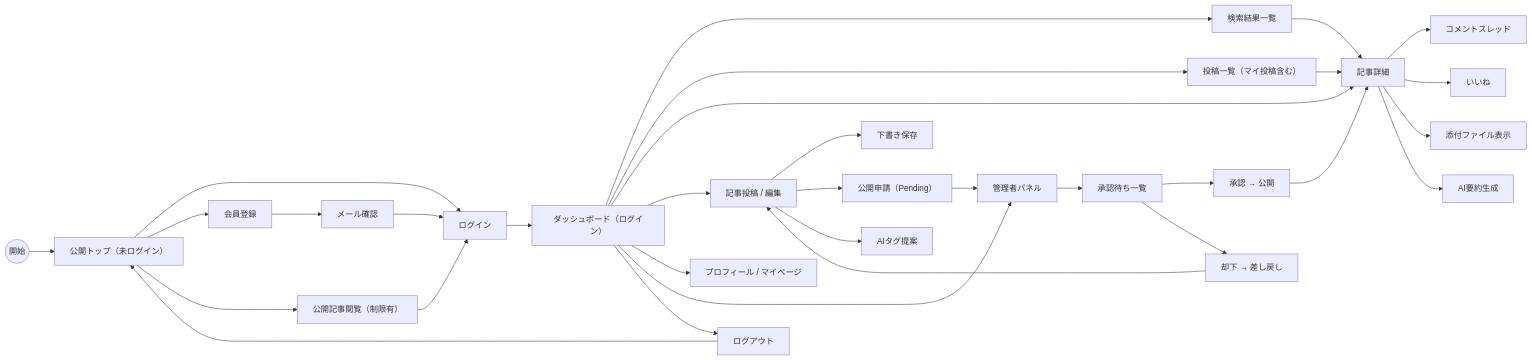
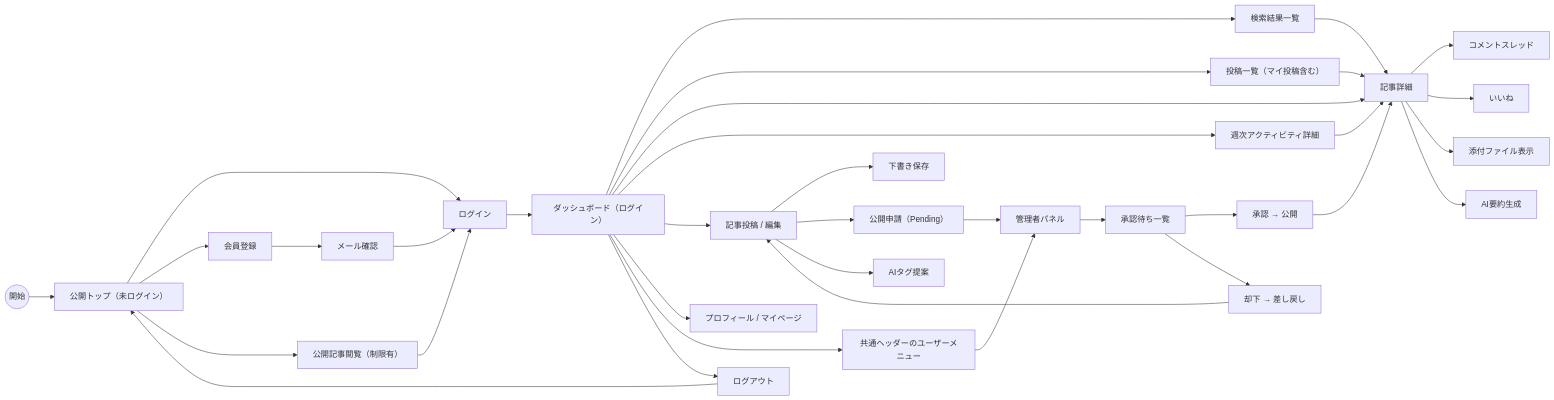
Before and after one commit to Ginga1Sys/proj-1sys-ax-2025: the diagram in docs/00_personal/nishizawa/基本設計書/基本設計_画面遷移図.md, drawn with Mermaid. The commit also changed other lines of this file and 3 other files, not shown here.

````diff
--- a/docs/00_personal/nishizawa/基本設計書/基本設計_画面遷移図.md
+++ b/docs/00_personal/nishizawa/基本設計書/基本設計_画面遷移図.md
@@ -7,48 +7,51 @@
 ```mermaid
 flowchart LR
   %% スタート
   START((開始)) --> PublicHome["公開トップ（未ログイン）"]
   PublicHome --> Login["ログイン"]
   PublicHome --> Register["会員登録"]
   Register --> EmailVerify["メール確認"]
   EmailVerify --> Login["ログイン"]
 
   %% 認証後メイン
   Login["ログイン"] --> Dashboard["ダッシュボード（ログイン）"]
   Dashboard["ダッシュボード（ログイン）"] --> Search["検索結果一覧"]
   Dashboard["ダッシュボード（ログイン）"] --> PostList["投稿一覧（マイ投稿含む）"]
   Dashboard["ダッシュボード（ログイン）"] --> ArticleDetail["記事詳細"]
+  Dashboard["ダッシュボード（ログイン）"] --> ActivityDetail["週次アクティビティ詳細"]
   Dashboard["ダッシュボード（ログイン）"] --> PostEditor["記事投稿 / 編集"]
   Dashboard["ダッシュボード（ログイン）"] --> Profile["プロフィール / マイページ"]
-  Dashboard["ダッシュボード（ログイン）"] --> AdminPanel["管理者パネル"]
+  Dashboard["ダッシュボード（ログイン）"] --> UserMenu["共通ヘッダーのユーザーメニュー"]
+  UserMenu["共通ヘッダーのユーザーメニュー"] --> AdminPanel["管理者パネル"]
 
   %% 投稿フロー
   PostEditor["記事投稿 / 編集"] --> DraftSaved["下書き保存"]
   PostEditor["記事投稿 / 編集"] --> SubmitPending["公開申請（Pending）"]
   SubmitPending["公開申請（Pending）"] --> AdminPanel["管理者パネル"]
 
   %% 記事詳細機能
   ArticleDetail["記事詳細"] --> CommentThread["コメントスレッド"]
   ArticleDetail["記事詳細"] --> LikeAction["いいね"]
   ArticleDetail["記事詳細"] --> Attachments["添付ファイル表示"]
   ArticleDetail["記事詳細"] --> AI_Summary["AI要約生成"]
   PostEditor["記事投稿 / 編集"] --> AI_Suggest["AIタグ提案"]
 
   %% 管理者ワークフロー
   AdminPanel["管理者パネル"] --> ReviewQueue["承認待ち一覧"]
   ReviewQueue["承認待ち一覧"] --> Approve["承認 → 公開"]
   ReviewQueue["承認待ち一覧"] --> Reject["却下 → 差し戻し"]
   Approve["承認 → 公開"] --> ArticleDetail["記事詳細"]
   Reject["却下 → 差し戻し"] --> PostEditor["記事投稿 / 編集"]
 
   %% 検索遷移
   Search["検索結果一覧"] --> ArticleDetail["記事詳細"]
   PostList["投稿一覧（マイ投稿含む）"] --> ArticleDetail["記事詳細"]
+  ActivityDetail["週次アクティビティ詳細"] --> ArticleDetail["記事詳細"]
 
   %% ログアウト
   Dashboard["ダッシュボード（ログイン）"] --> Logout["ログアウト"] --> PublicHome["公開トップ（未ログイン）"]
 
   %% 未ログインからの閲覧制御
   PublicHome["公開トップ（未ログイン）"] --> PublicArticle["公開記事閲覧（制限有）"]
   PublicArticle["公開記事閲覧（制限有）"] --> Login["ログイン"]
 ```
````
